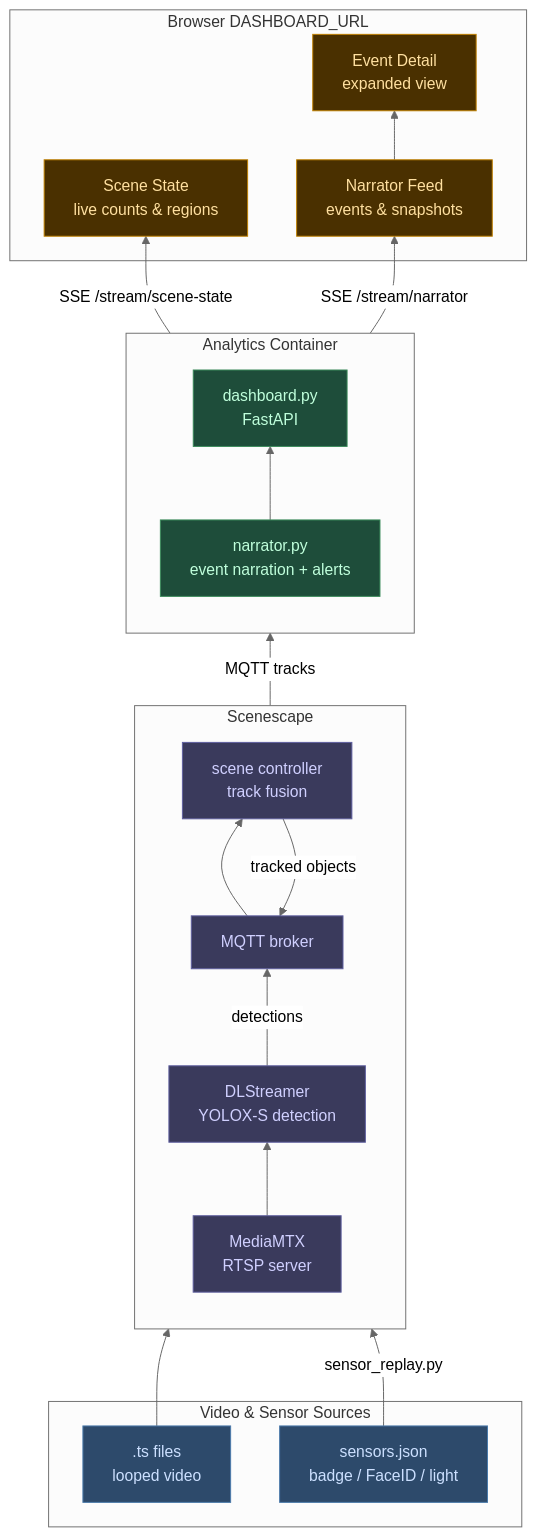
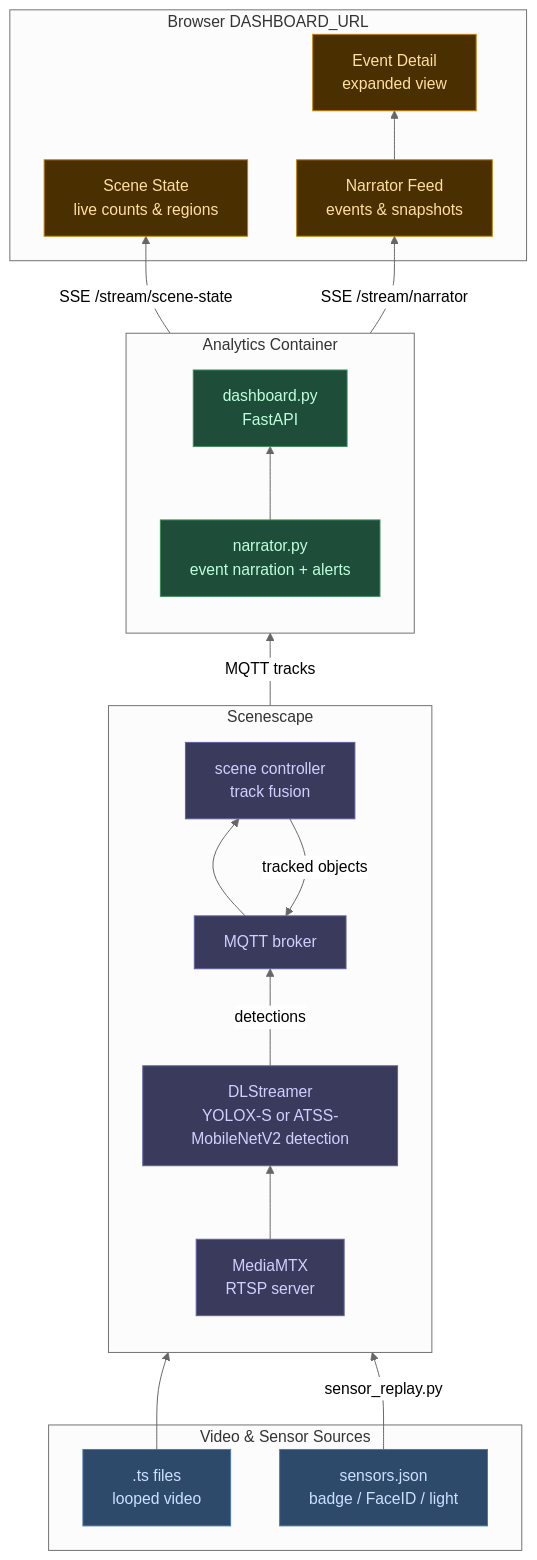
Before and after one commit to open-edge-platform/edge-ai-suites: the diagram in metro-ai-suite/smart-building-digital-twin-blueprint/README.md, drawn with Mermaid (neutral theme). The commit also changed other lines of this file, not shown here.

````diff
--- a/metro-ai-suite/smart-building-digital-twin-blueprint/README.md
+++ b/metro-ai-suite/smart-building-digital-twin-blueprint/README.md
@@ -28,48 +28,48 @@
 ```mermaid
 flowchart BT
     subgraph src["Video &amp; Sensor Sources"]
         TS[".ts files<br/>looped video"]
         SJSON["sensors.json<br/>badge / FaceID / light"]
     end
 
     subgraph ss["Scenescape"]
         direction BT
         MTX["MediaMTX<br/>RTSP server"]
-        DLS["DLStreamer<br/>YOLOX-S detection"]
+        DLS["DLStreamer<br/>YOLOX-S or ATSS-MobileNetV2 detection"]
         CTRL["scene controller<br/>track fusion"]
         BROKER["MQTT broker"]
         MTX --> DLS -->|detections| BROKER
         CTRL -->|tracked objects| BROKER
         BROKER --> CTRL
     end
 
     subgraph analytics["Analytics Container"]
         direction BT
         NAR["narrator.py<br/>event narration + alerts"]
         DASH["dashboard.py<br/>FastAPI"]
         NAR --> DASH
     end
 
     subgraph ui["Browser  DASHBOARD_URL"]
         STATE["Scene State<br/>live counts &amp; regions"]
         FEED["Narrator Feed<br/>events &amp; snapshots"]
         DETAIL["Event Detail<br/>expanded view"]
     end
 
     TS --> MTX
     SJSON -->|sensor_replay.py| BROKER
     BROKER -->|MQTT tracks| NAR
     DASH -->|SSE /stream/scene-state| STATE
     DASH -->|SSE /stream/narrator| FEED
     FEED --> DETAIL
 
     classDef source  fill:#2d4a6b,stroke:#4a7aab,color:#cce0ff
     classDef infra   fill:#3a3a5c,stroke:#6060a0,color:#d0d0ff
     classDef app     fill:#1e4d3a,stroke:#3a8a5a,color:#c0ffdc
     classDef browser fill:#4a3000,stroke:#c08000,color:#ffe0a0
 
     class TS,SJSON source
     class MTX,DLS,CTRL,BROKER infra
     class NAR,DASH app
     class STATE,FEED,DETAIL browser
 ```
````
